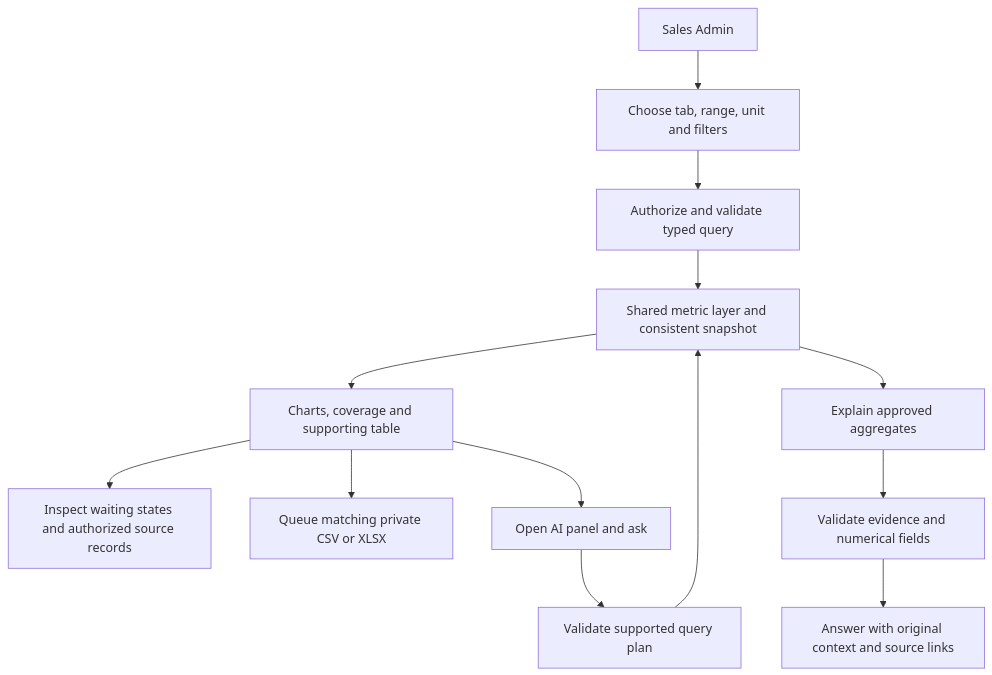
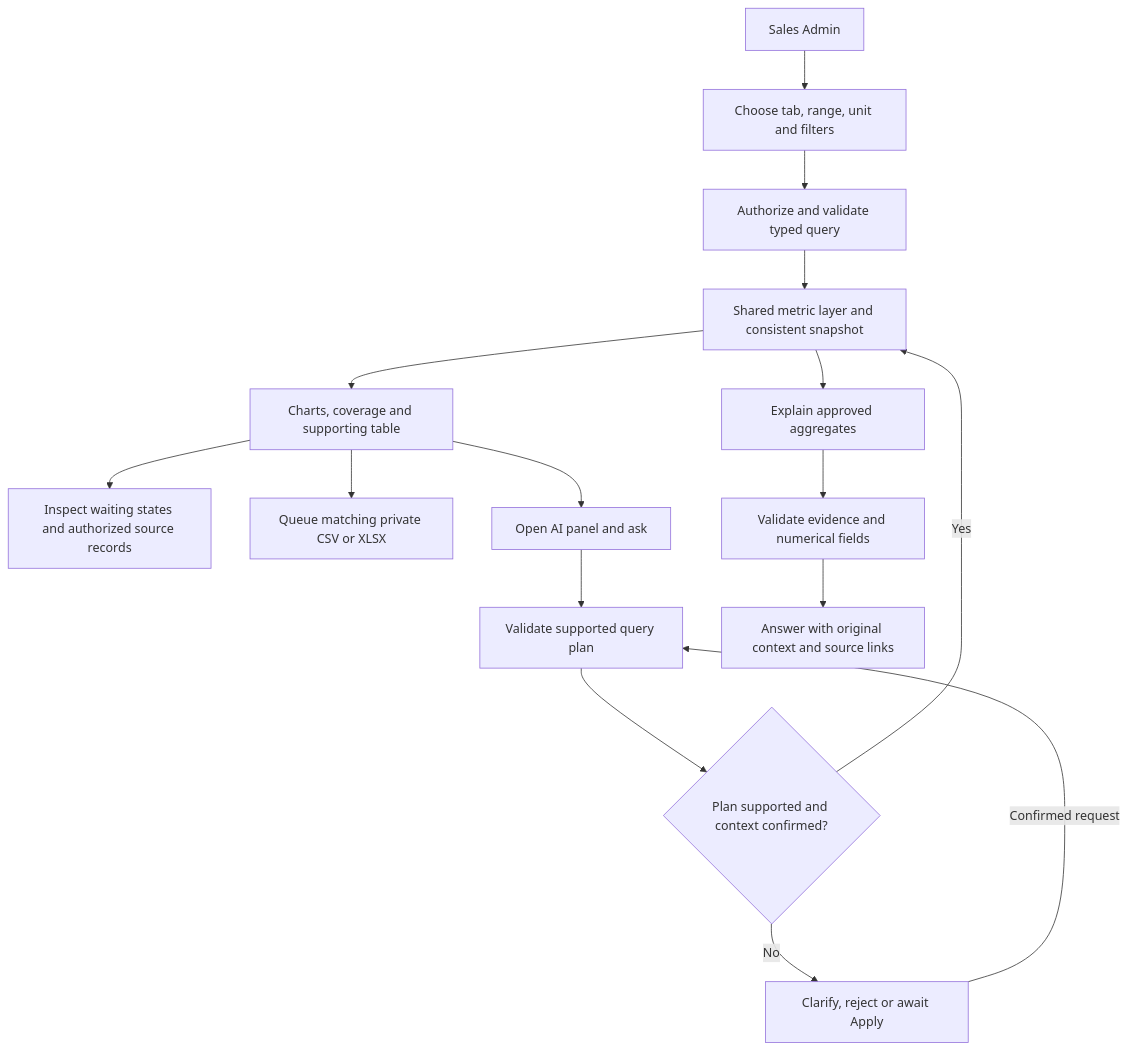
The first of 2 diagrams in docs/spec/specs/spec-MFG-11.md (ankhanhwork/weavelink-project), drawn with Mermaid before and after one commit. The commit also changed other lines of this file and 5 other files, not shown here.

````diff
--- a/docs/spec/specs/spec-MFG-11.md
+++ b/docs/spec/specs/spec-MFG-11.md
@@ -73,15 +74,18 @@
 ```mermaid
 flowchart TD
   Admin[Sales Admin] --> Context[Choose tab, range, unit and filters]
   Context --> Validate[Authorize and validate typed query]
   Validate --> Metrics[Shared metric layer and consistent snapshot]
   Metrics --> View[Charts, coverage and supporting table]
   View --> Detail[Inspect waiting states and authorized source records]
   View --> Export[Queue matching private CSV or XLSX]
   View --> Prompt[Open AI panel and ask]
   Prompt --> Plan[Validate supported query plan]
-  Plan --> Metrics
+  Plan --> Gate{Plan supported and context confirmed?}
+  Gate -->|Yes| Metrics
+  Gate -->|No| Clarify[Clarify, reject or await Apply]
+  Clarify -->|Confirmed request| Plan
   Metrics --> Explain[Explain approved aggregates]
   Explain --> Check[Validate evidence and numerical fields]
   Check --> Answer[Answer with original context and source links]
 ```
````
